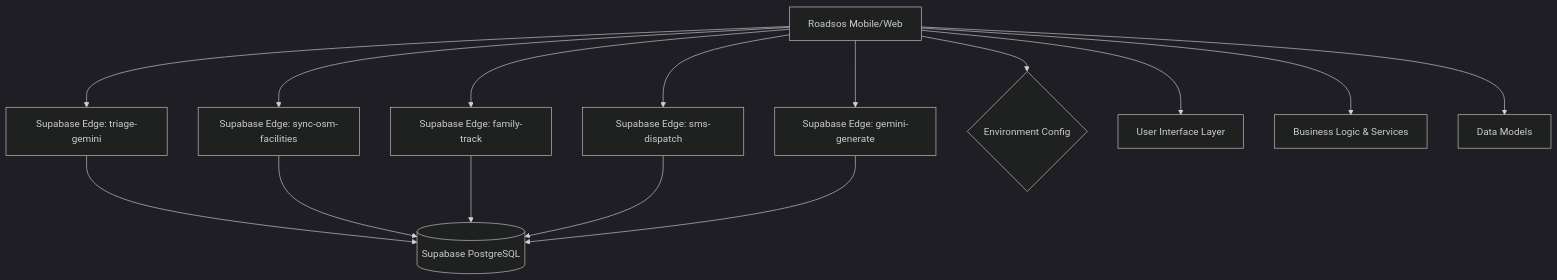
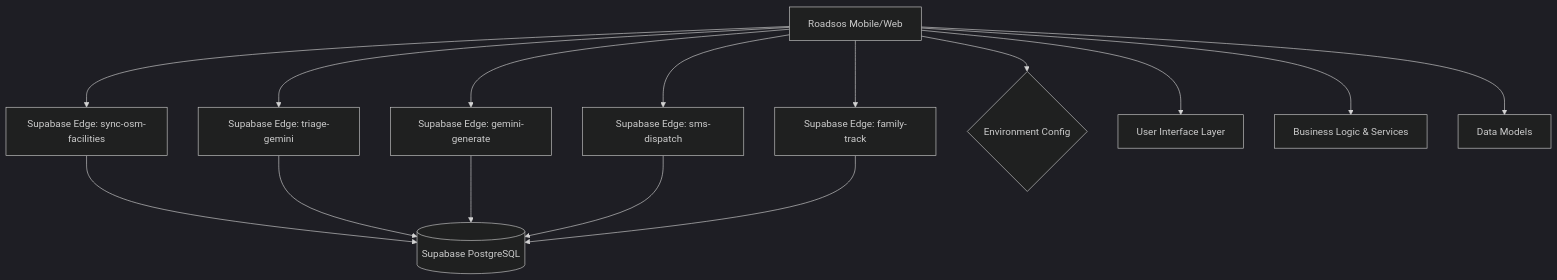
One commit to NITISH-R-G/RoadSOS changed the first of 2 diagrams in docs/architecture/architecture.md. Above: the diagram before and after it, drawn with Mermaid (dark theme). The commit also changed other lines of this file and 2 other files, not shown here.

Commit message:
docs: auto-update architecture, diagrams, and README

````diff
--- a/docs/architecture/architecture.md
+++ b/docs/architecture/architecture.md
@@ -5,18 +5,18 @@
 ```mermaid
 graph TD
     Client[Roadsos Mobile/Web] 
+    Client --> Function_sync_osm_facilities[Supabase Edge: sync-osm-facilities]
+    Function_sync_osm_facilities --> SupabaseDB[(Supabase PostgreSQL)]
     Client --> Function_triage_gemini[Supabase Edge: triage-gemini]
     Function_triage_gemini --> SupabaseDB[(Supabase PostgreSQL)]
-    Client --> Function_sync_osm_facilities[Supabase Edge: sync-osm-facilities]
-    Function_sync_osm_facilities --> SupabaseDB[(Supabase PostgreSQL)]
+    Client --> Function_gemini_generate[Supabase Edge: gemini-generate]
+    Function_gemini_generate --> SupabaseDB[(Supabase PostgreSQL)]
+    Client --> Function_sms_dispatch[Supabase Edge: sms-dispatch]
+    Function_sms_dispatch --> SupabaseDB[(Supabase PostgreSQL)]
     Client --> Function_family_track[Supabase Edge: family-track]
     Function_family_track --> SupabaseDB[(Supabase PostgreSQL)]
-    Client --> Function_sms_dispatch[Supabase Edge: sms-dispatch]
-    Function_sms_dispatch --> SupabaseDB[(Supabase PostgreSQL)]
-    Client --> Function_gemini_generate[Supabase Edge: gemini-generate]
-    Function_gemini_generate --> SupabaseDB[(Supabase PostgreSQL)]
     Client --> EnvVars{Environment Config}
     Client --> UI[User Interface Layer]
     Client --> Services[Business Logic & Services]
     Client --> Models[Data Models]
 ```
````
